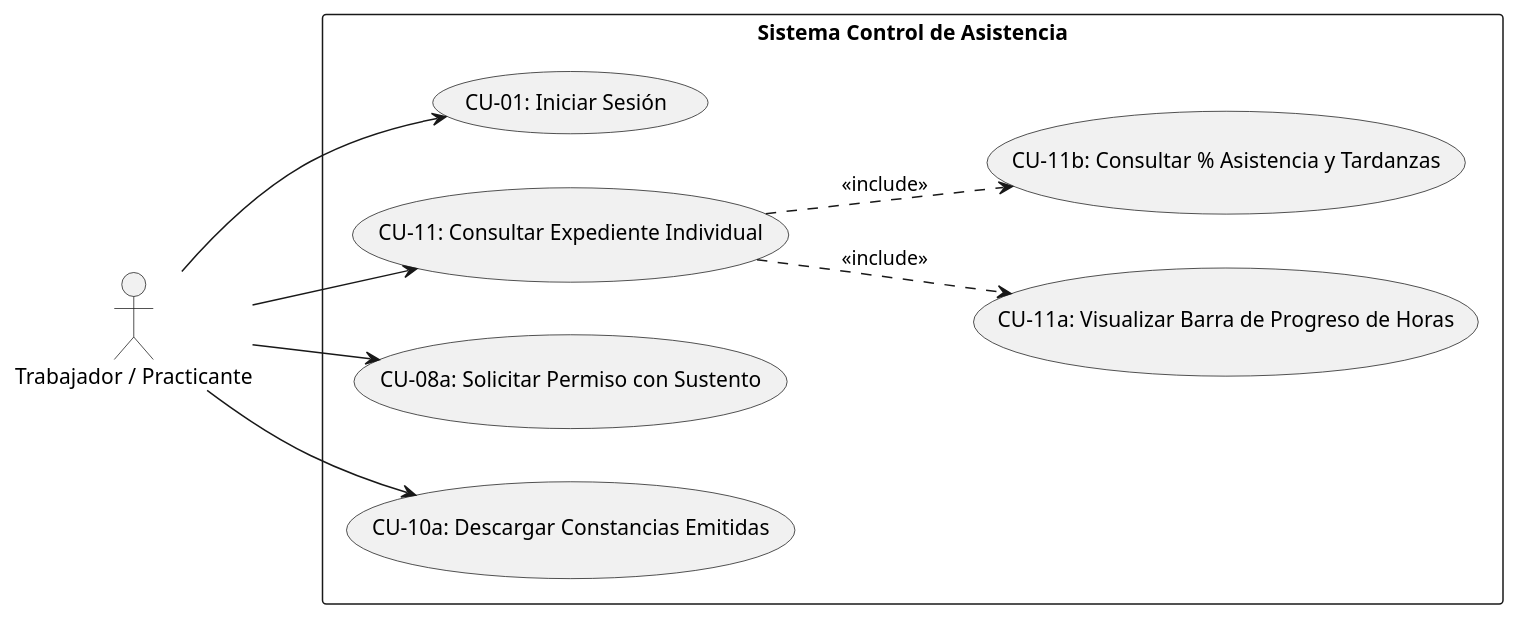
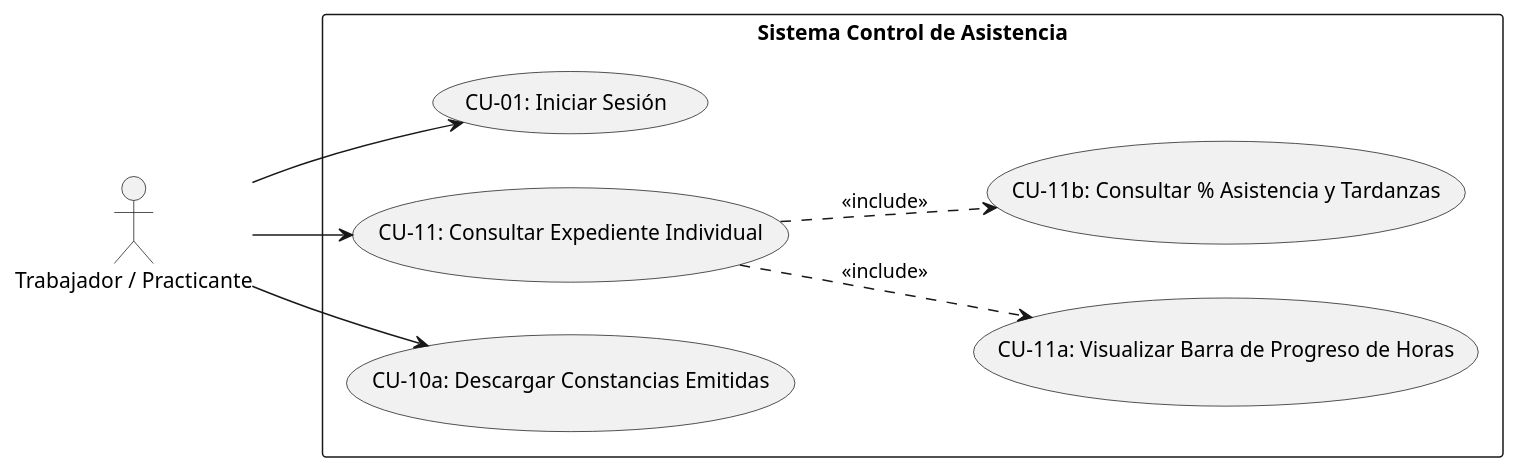
Before and after one commit to yamix-rx/SISTEMA-CONTROL-DE-ASISTENCIA: the diagram in Diagramas/Diagrama2.PlantUML, drawn with PlantUML. The commit also changed 1093 other files, not shown here.

```diff
--- a/Diagramas/Diagrama2.PlantUML
+++ b/Diagramas/Diagrama2.PlantUML
@@ -1,22 +1,20 @@
 @startuml
 left to right direction
 
 actor "Trabajador / Practicante" as Practicante
 
 rectangle "Sistema Control de Asistencia" {
   usecase "CU-01: Iniciar Sesión" as CU01
   usecase "CU-11: Consultar Expediente Individual" as CU11
   usecase "CU-11a: Visualizar Barra de Progreso de Horas" as CU11a
   usecase "CU-11b: Consultar % Asistencia y Tardanzas" as CU11b
-  usecase "CU-08a: Solicitar Permiso con Sustento" as CU08a
   usecase "CU-10a: Descargar Constancias Emitidas" as CU10a
 }
 
 Practicante --> CU01
 Practicante --> CU11
-Practicante --> CU08a
 Practicante --> CU10a
 
 CU11 ..> CU11a : <<include>>
 CU11 ..> CU11b : <<include>>
 @enduml
```
